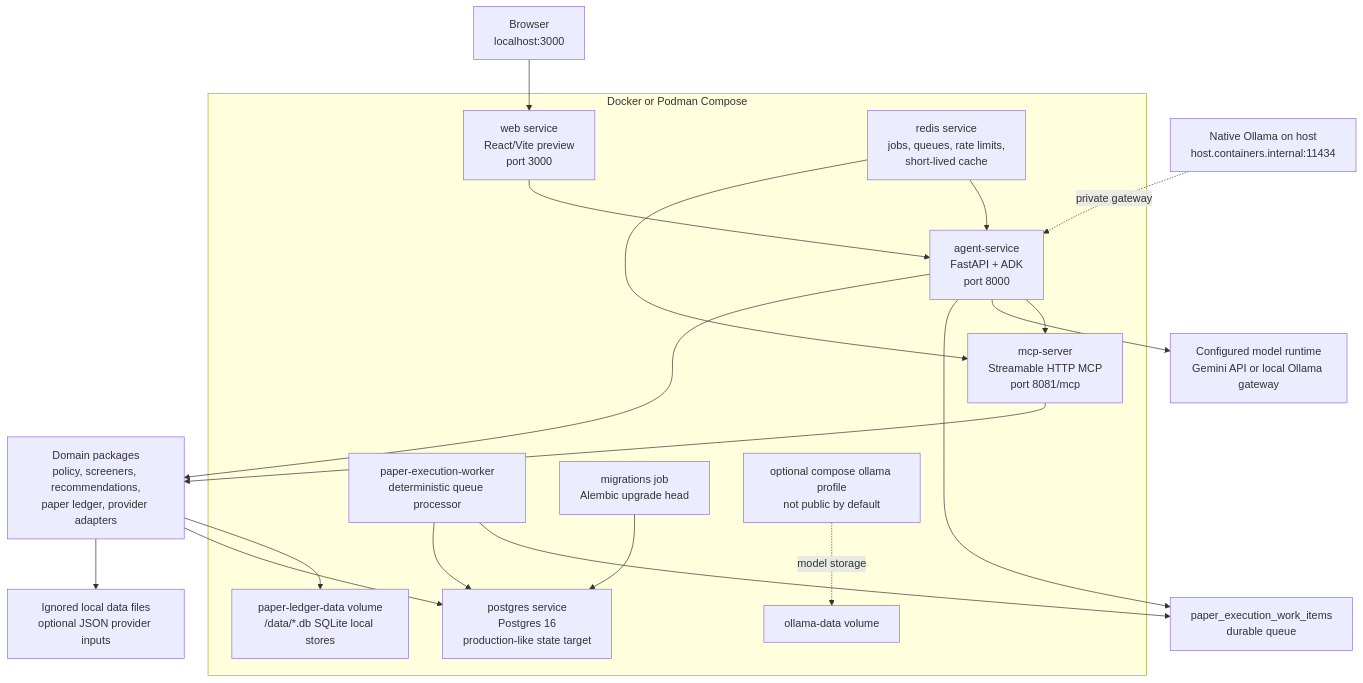
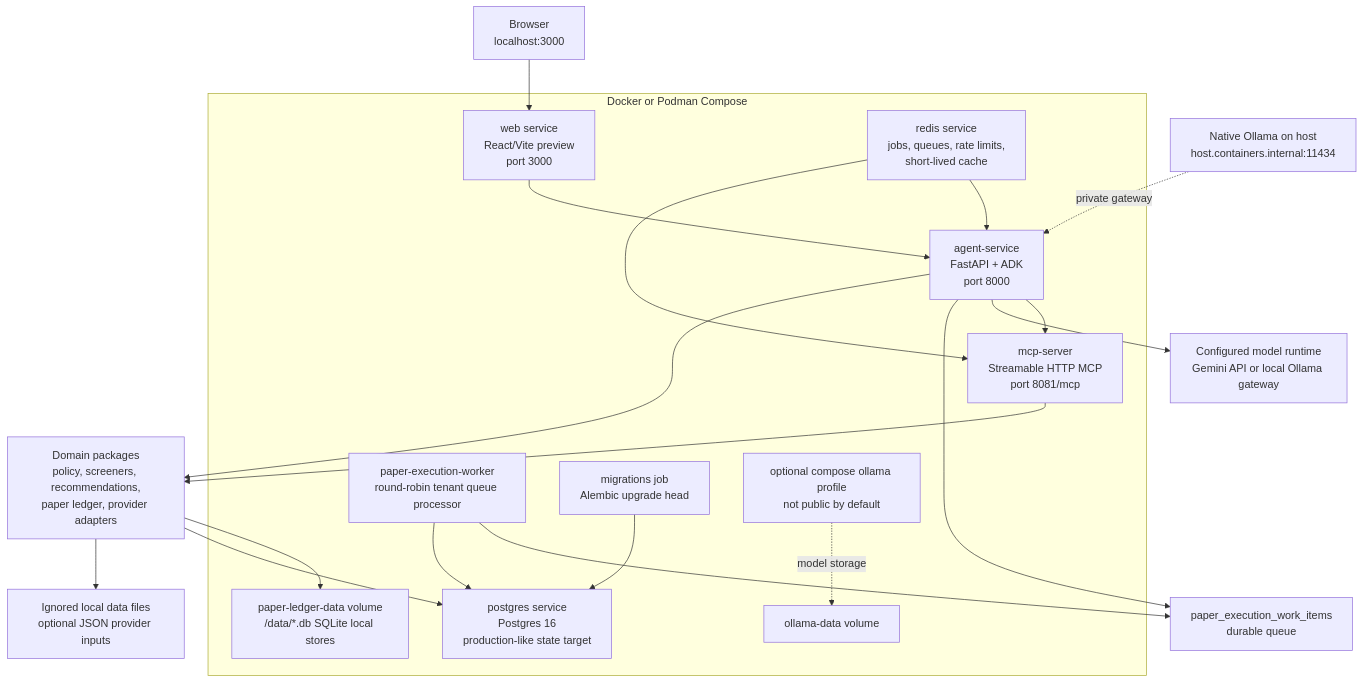
Before and after one commit to vinay-raghavan/portfolio-management-agentic: the second of 2 diagrams in README.md, drawn with Mermaid. The commit also changed other lines of this file and 10 other files, not shown here.

Commit message:
Add tenant-fair paper worker scheduling (#94)

````diff
--- a/README.md
+++ b/README.md
@@ -223,33 +225,33 @@
 ```mermaid
 flowchart TB
     Browser["Browser<br/>localhost:3000"] --> Web["web service<br/>React/Vite preview<br/>port 3000"]
     Web --> Agent["agent-service<br/>FastAPI + ADK<br/>port 8000"]
     Agent --> MCP["mcp-server<br/>Streamable HTTP MCP<br/>port 8081/mcp"]
     Agent --> Model["Configured model runtime<br/>Gemini API or local Ollama gateway"]
     Agent --> PaperQueue["paper_execution_work_items<br/>durable queue"]
-    PaperWorker["paper-execution-worker<br/>deterministic queue processor"] --> PaperQueue
+    PaperWorker["paper-execution-worker<br/>round-robin tenant queue processor"] --> PaperQueue
     PaperWorker --> Postgres
     MCP --> Domain["Domain packages<br/>policy, screeners, recommendations,<br/>paper ledger, provider adapters"]
     Agent --> Domain
     Domain --> Volume["paper-ledger-data volume<br/>/data/*.db SQLite local stores"]
     Domain --> Postgres["postgres service<br/>Postgres 16<br/>production-like state target"]
     Migrations["migrations job<br/>Alembic upgrade head"] --> Postgres
     Redis["redis service<br/>jobs, queues, rate limits,<br/>short-lived cache"] --> Agent
     Redis --> MCP
     Domain --> LocalData["Ignored local data files<br/>optional JSON provider inputs"]
     NativeOllama["Native Ollama on host<br/>host.containers.internal:11434"] -. "private gateway" .-> Agent
     OllamaProfile["optional compose ollama profile<br/>not public by default"] -. "model storage" .-> OllamaVolume["ollama-data volume"]
 
     subgraph Compose["Docker or Podman Compose"]
         Web
         Agent
         PaperWorker
         MCP
         Migrations
         Redis
         Volume
         Postgres
         OllamaProfile
         OllamaVolume
     end
 ```
````
